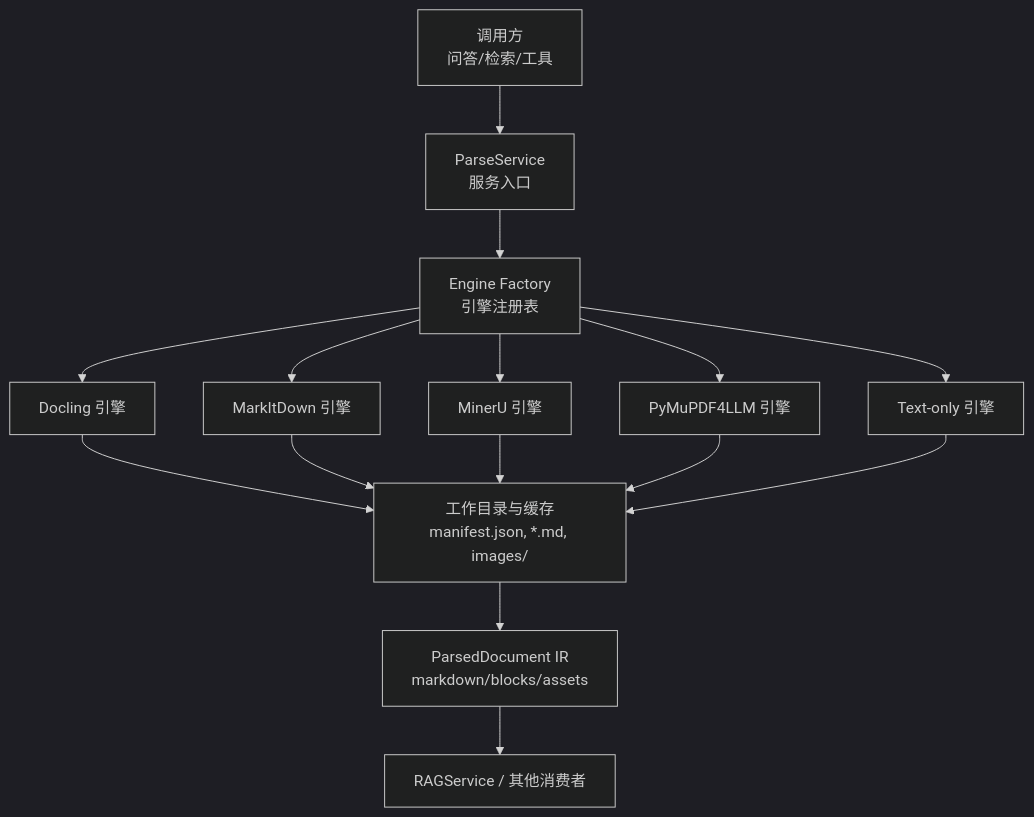
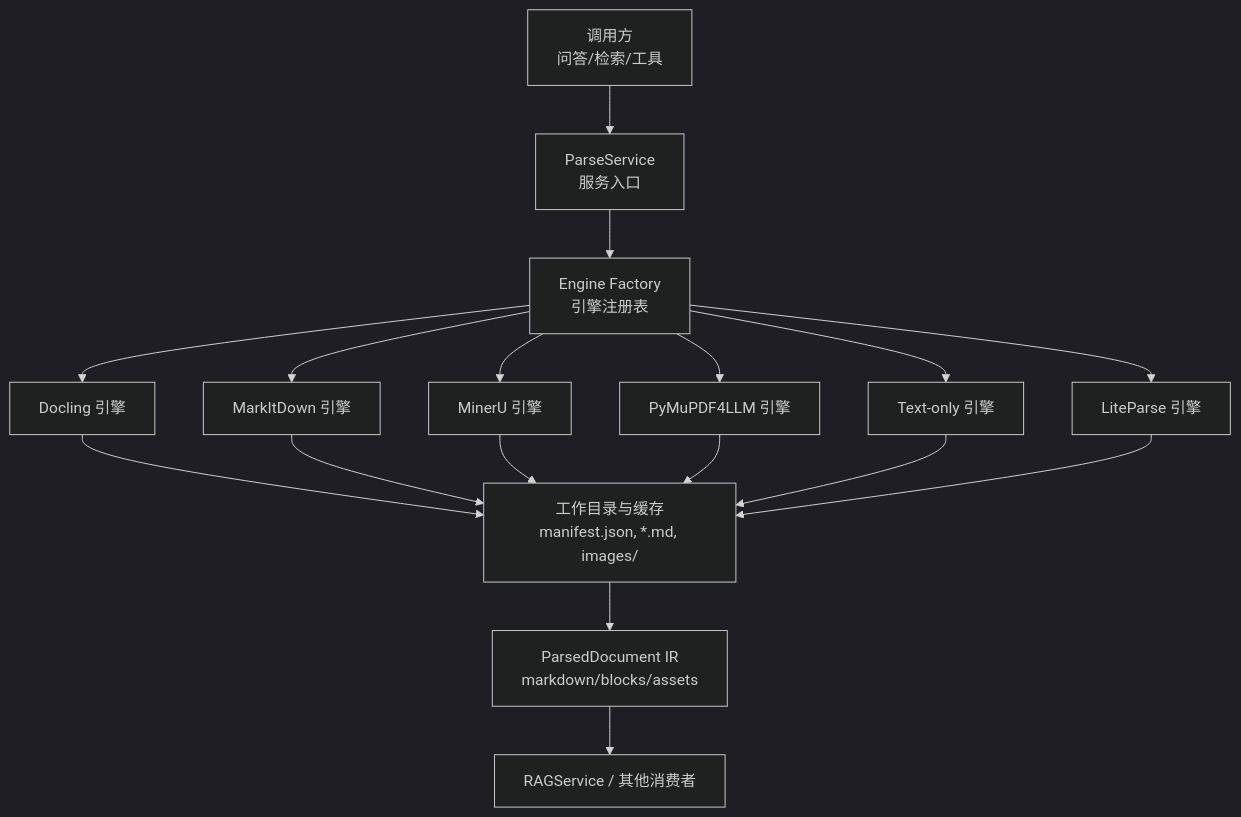
Before and after one commit to gongzili456/DeepTutor: the first of 4 diagrams in .qoder/repowiki/zh/content/知识库系统/文档处理管道.md, drawn with Mermaid (dark theme). The commit also changed other lines of this file and 289 other files, not shown here.

````diff
--- a/.qoder/repowiki/zh/content/知识库系统/文档处理管道.md
+++ b/.qoder/repowiki/zh/content/知识库系统/文档处理管道.md
@@ -38,17 +50,19 @@
 ```mermaid
 graph TB
 A["调用方<br/>问答/检索/工具"] --> B["ParseService<br/>服务入口"]
 B --> C["Engine Factory<br/>引擎注册表"]
 C --> D["Docling 引擎"]
 C --> E["MarkItDown 引擎"]
 C --> F["MinerU 引擎"]
 C --> G["PyMuPDF4LLM 引擎"]
 C --> H["Text-only 引擎"]
-D --> I["工作目录与缓存<br/>manifest.json, *.md, images/"]
-E --> I
-F --> I
-G --> I
-H --> I
-I --> J["ParsedDocument IR<br/>markdown/blocks/assets"]
-J --> K["RAGService / 其他消费者"]
+C --> I["LiteParse 引擎"]
+D --> J["工作目录与缓存<br/>manifest.json, *.md, images/"]
+E --> J
+F --> J
+G --> J
+H --> J
+I --> J
+J --> K["ParsedDocument IR<br/>markdown/blocks/assets"]
+K --> L["RAGService / 其他消费者"]
 ```
````
